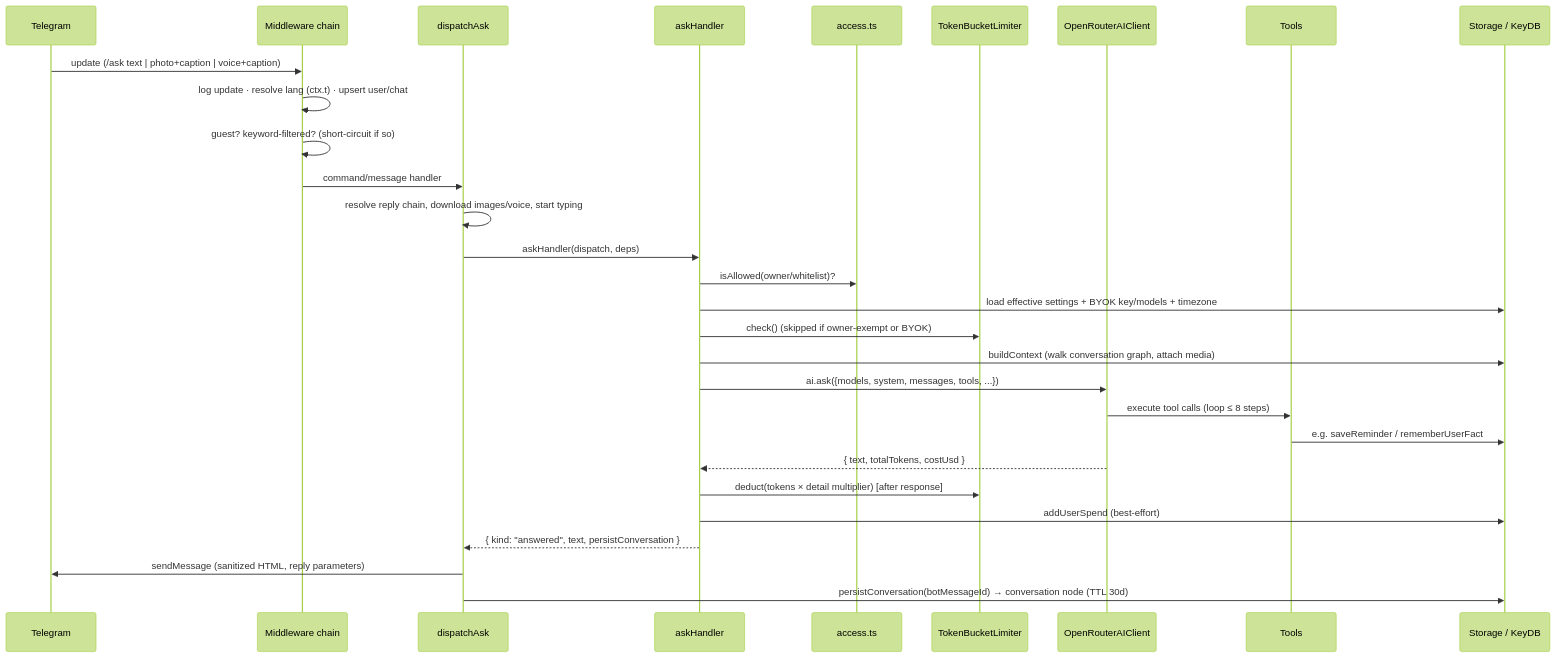
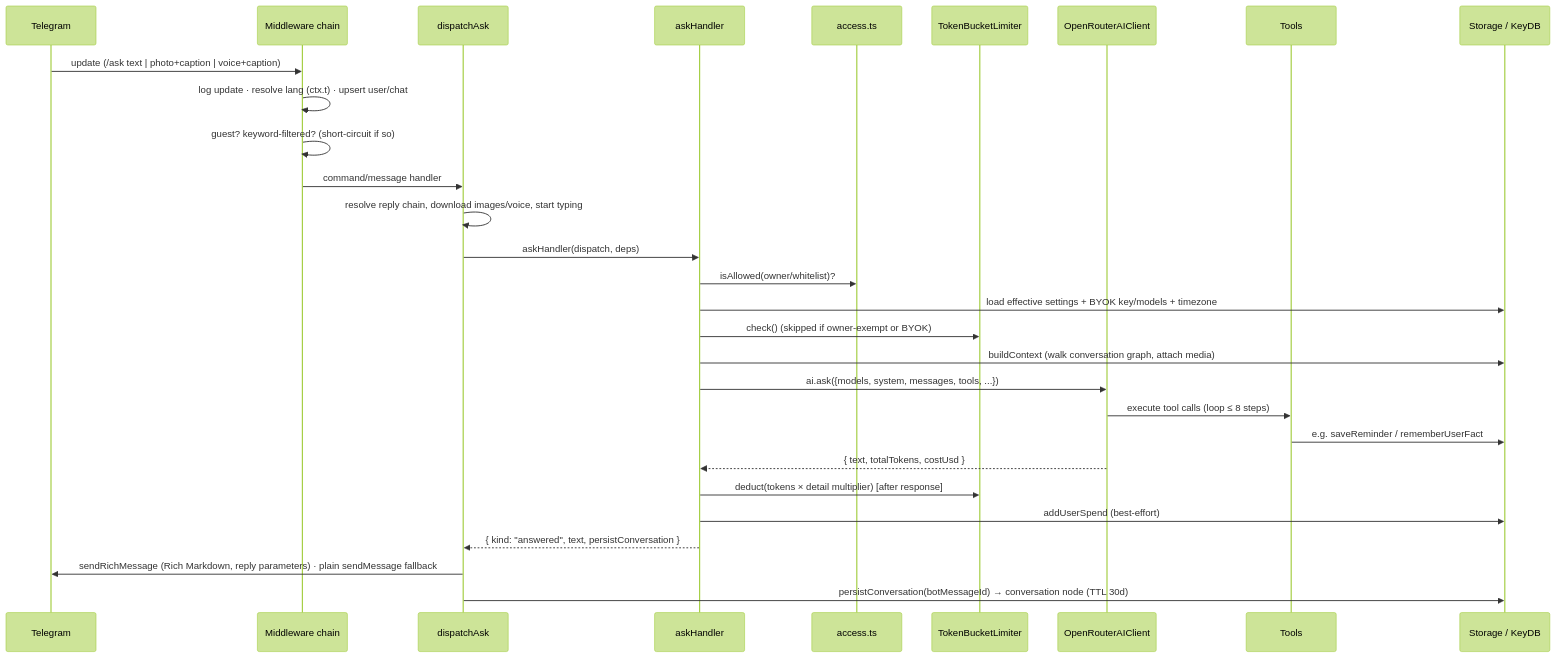
One commit to The-Fisher-Slopworks-Co/any_talker changed the second of 3 diagrams in docs/ARCHITECTURE.md. Above: the diagram before and after it, drawn with Mermaid (forest theme). The commit also changed other lines of this file and 21 other files, not shown here.

First line of the commit message:
feat(bot): send AI replies as Bot API 10.1 Rich Messages

````diff
--- a/docs/ARCHITECTURE.md
+++ b/docs/ARCHITECTURE.md
@@ -290,32 +298,32 @@
 ```mermaid
 sequenceDiagram
     participant TG as Telegram
     participant MW as Middleware chain
     participant D as dispatchAsk
     participant H as askHandler
     participant ACC as access.ts
     participant RL as TokenBucketLimiter
     participant AI as OpenRouterAIClient
     participant T as Tools
     participant S as Storage / KeyDB
 
     TG->>MW: update (/ask text | photo+caption | voice+caption)
     MW->>MW: log update · resolve lang (ctx.t) · upsert user/chat
     MW->>MW: guest? keyword-filtered? (short-circuit if so)
     MW->>D: command/message handler
     D->>D: resolve reply chain, download images/voice, start typing
     D->>H: askHandler(dispatch, deps)
     H->>ACC: isAllowed(owner/whitelist)?
     H->>S: load effective settings + BYOK key/models + timezone
     H->>RL: check() (skipped if owner-exempt or BYOK)
     H->>S: buildContext (walk conversation graph, attach media)
     H->>AI: ai.ask({models, system, messages, tools, ...})
     AI->>T: execute tool calls (loop ≤ 8 steps)
     T->>S: e.g. saveReminder / rememberUserFact
     AI-->>H: { text, totalTokens, costUsd }
     H->>RL: deduct(tokens × detail multiplier)  [after response]
     H->>S: addUserSpend (best-effort)
     H-->>D: { kind: "answered", text, persistConversation }
-    D->>TG: sendMessage (sanitized HTML, reply parameters)
+    D->>TG: sendRichMessage (Rich Markdown, reply parameters) · plain sendMessage fallback
     D->>S: persistConversation(botMessageId) → conversation node (TTL 30d)
 ```
````
